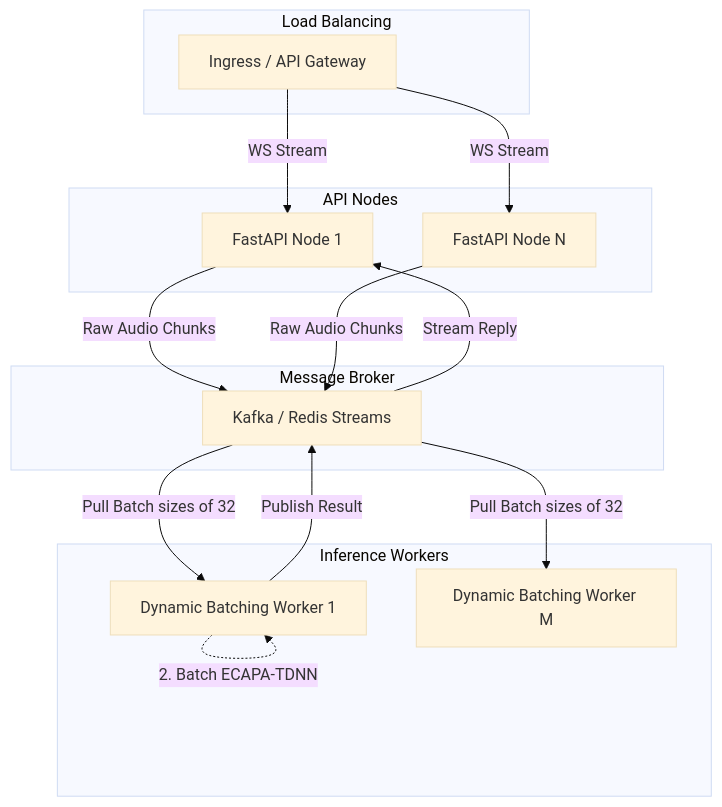
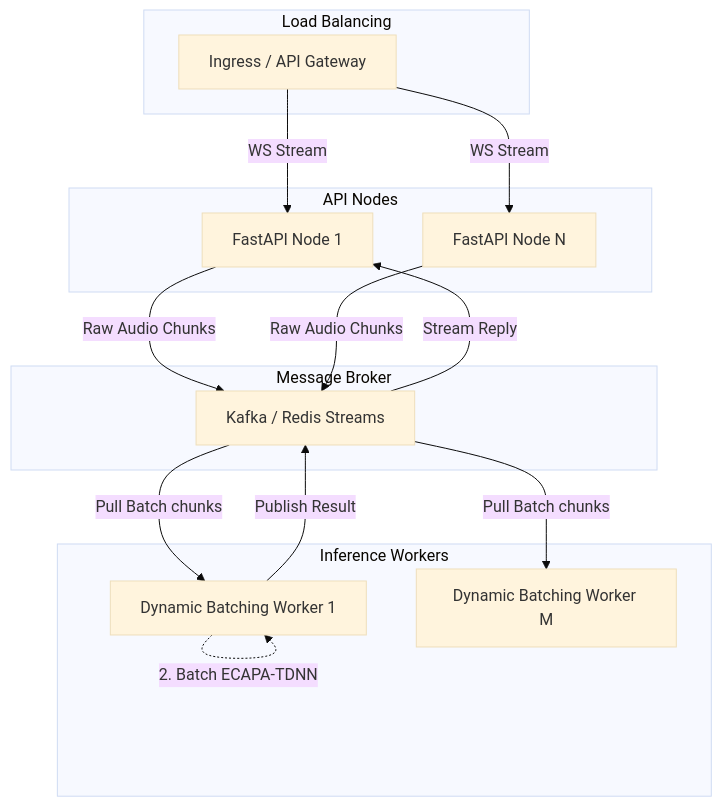
The second of 2 diagrams in README.md (Gowtham0207o/Dialflo_audioDigestion), drawn with Mermaid (base theme) before and after one commit. The commit also changed other lines of this file, not shown here.

````diff
--- a/README.md
+++ b/README.md
@@ -198,35 +205,35 @@
 ```mermaid
 flowchart TD
     subgraph Load Balancing
         LB[Ingress / API Gateway]
     end
 
     subgraph API Nodes
         WS1[FastAPI Node 1]
         WS2[FastAPI Node N]
     end
 
     subgraph Message Broker
         K[Kafka / Redis Streams]
     end
 
     subgraph Inference Workers
         W1[Dynamic Batching Worker 1]
         W2[Dynamic Batching Worker M]
     end
     
     LB -->|WS Stream| WS1
     LB -->|WS Stream| WS2
     
     WS1 -->|Raw Audio Chunks| K
     WS2 -->|Raw Audio Chunks| K
     
-    K -->|Pull Batch sizes of 32| W1
-    K -->|Pull Batch sizes of 32| W2
+    K -->|Pull Batch chunks| W1
+    K -->|Pull Batch chunks| W2
     
     W1 -.->|1. Vectorized VAD| W1
     W1 -.->|2. Batch ECAPA-TDNN| W1
     
     W1 -->|Publish Result| K
     K -->|Stream Reply| WS1
 ```
````
